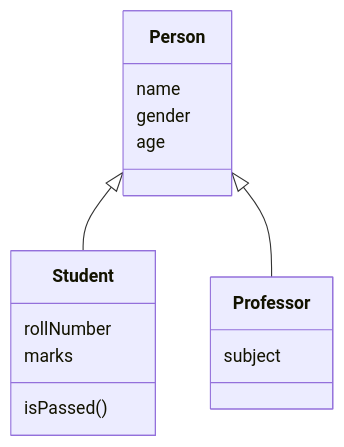
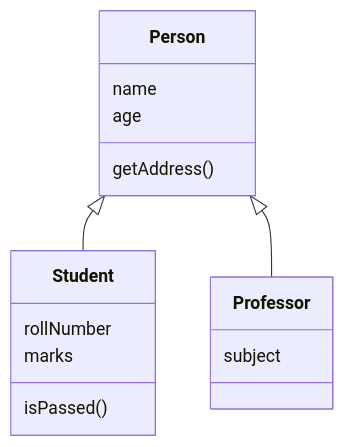
The third of 9 diagrams in dbms/16-types-of-databases.md (aaryan-pradhan/core-cs-fundamentals), drawn with Mermaid before and after one commit. The commit also changed other lines of this file, not shown here.

````diff
--- a/dbms/16-types-of-databases.md
+++ b/dbms/16-types-of-databases.md
@@ -62,18 +45,18 @@
 ```mermaid
 classDiagram
   Person <|-- Student
   Person <|-- Professor
   class Person {
     name
-    gender
     age
+    getAddress()
   }
   class Student {
     rollNumber
     marks
     isPassed()
   }
   class Professor {
     subject
   }
 ```
````
